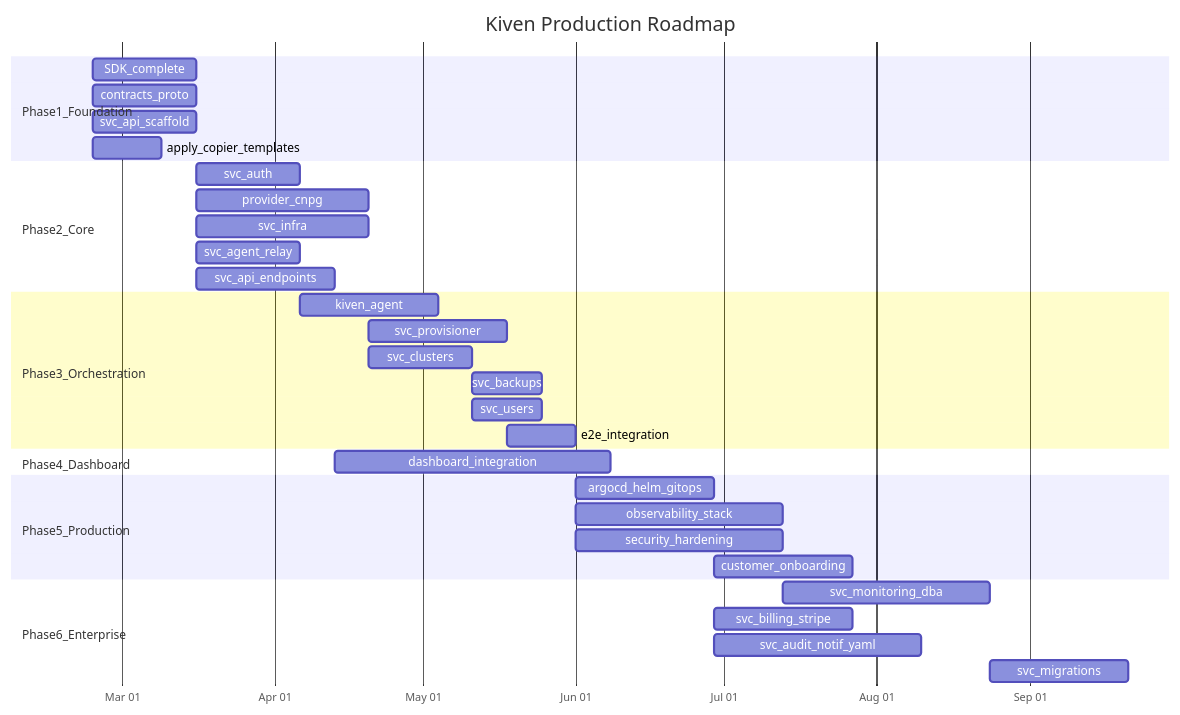
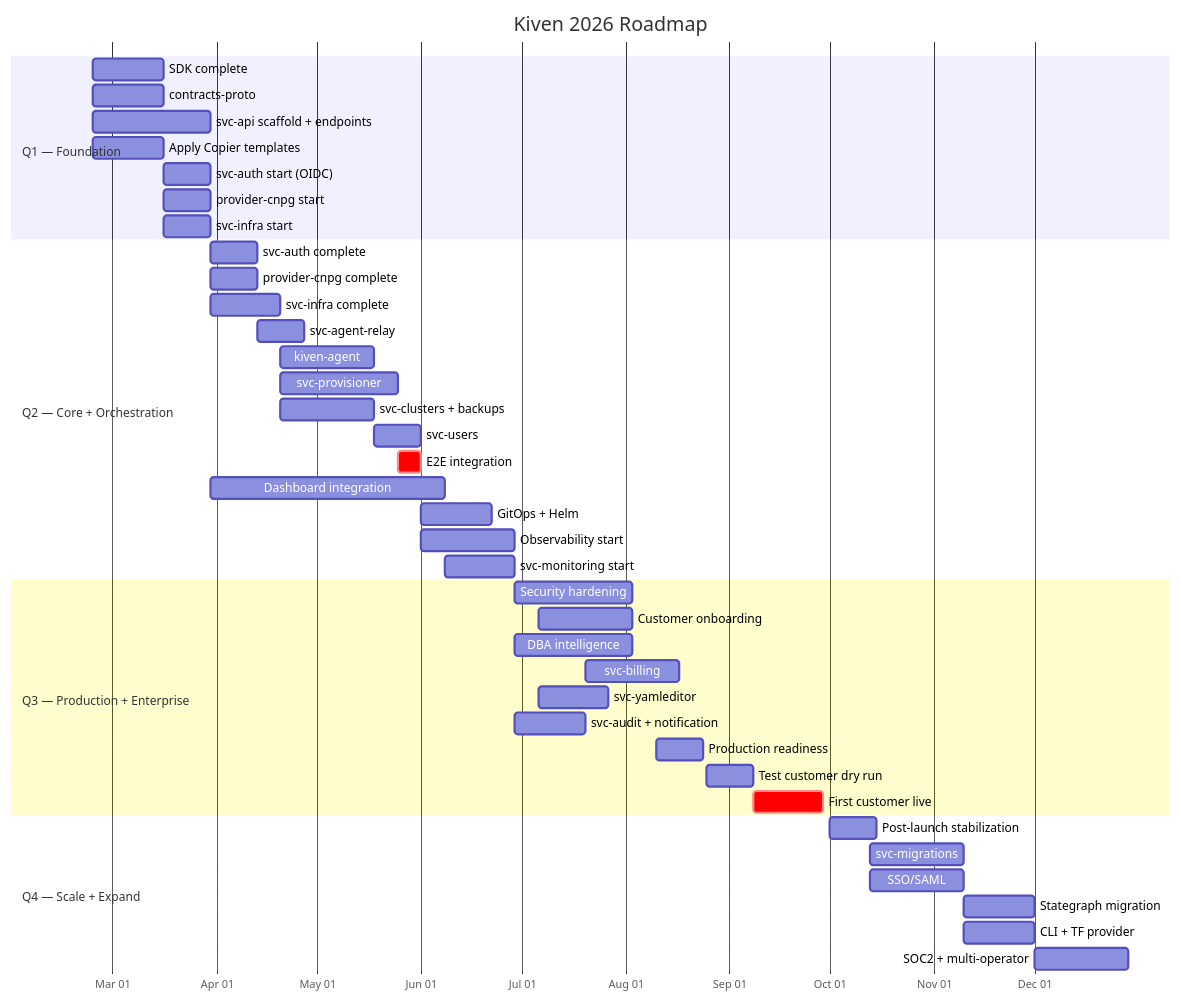
The fourth of 4 diagrams in plans/KIVEN_ROADMAP.md (kivenio/docs), drawn with Mermaid before and after one commit. The commit also changed other lines of this file and 11 other files, not shown here.

First line of the commit message:
docs: update GitOps documentation to reflect transition from ArgoCD to Flux

````diff
--- a/plans/KIVEN_ROADMAP.md
+++ b/plans/KIVEN_ROADMAP.md
@@ -441,42 +755,49 @@
 ```mermaid
 gantt
-    title Kiven Production Roadmap
+    title Kiven 2026 Roadmap
     dateFormat YYYY-MM-DD
     axisFormat %b %d
 
-    section Phase1_Foundation
-    SDK_complete               :p1a, 2026-02-23, 3w
-    contracts_proto            :p1b, 2026-02-23, 3w
-    svc_api_scaffold           :p1c, 2026-02-23, 3w
-    apply_copier_templates     :p1d, 2026-02-23, 2w
+    section Q1 — Foundation
+    SDK complete                :q1a, 2026-02-23, 3w
+    contracts-proto             :q1b, 2026-02-23, 3w
+    svc-api scaffold + endpoints :q1c, 2026-02-23, 5w
+    Apply Copier templates      :q1d, 2026-02-23, 3w
+    svc-auth start (OIDC)       :q1e, 2026-03-16, 2w
+    provider-cnpg start         :q1f, 2026-03-16, 2w
+    svc-infra start             :q1g, 2026-03-16, 2w
 
-    section Phase2_Core
-    svc_auth                   :p2a, after p1a, 3w
-    provider_cnpg              :p2b, after p1a, 5w
-    svc_infra                  :p2c, after p1a, 5w
-    svc_agent_relay            :p2d, after p1b, 3w
-    svc_api_endpoints          :p2e, after p1c, 4w
+    section Q2 — Core + Orchestration
+    svc-auth complete           :q2a, 2026-03-30, 2w
+    provider-cnpg complete      :q2b, 2026-03-30, 2w
+    svc-infra complete          :q2c, 2026-03-30, 3w
+    svc-agent-relay             :q2d, 2026-04-13, 2w
+    kiven-agent                 :q2e, 2026-04-20, 4w
+    svc-provisioner             :q2f, 2026-04-20, 5w
+    svc-clusters + backups      :q2g, 2026-04-20, 4w
+    svc-users                   :q2h, 2026-05-18, 2w
+    E2E integration             :crit, q2i, 2026-05-25, 1w
+    Dashboard integration       :q2j, 2026-03-30, 10w
+    GitOps + Helm               :q2k, 2026-06-01, 3w
+    Observability start         :q2l, 2026-06-01, 4w
+    svc-monitoring start        :q2m, 2026-06-08, 3w
 
-    section Phase3_Orchestration
-    kiven_agent                :p3a, after p2d, 4w
-    svc_provisioner            :p3b, after p2c, 4w
-    svc_clusters               :p3c, after p2b, 3w
-    svc_backups                :p3d, after p3c, 2w
-    svc_users                  :p3e, after p3c, 2w
-    e2e_integration            :p3f, after p3b, 2w
+    section Q3 — Production + Enterprise
+    Security hardening          :q3a, 2026-06-29, 5w
+    Customer onboarding         :q3b, 2026-07-06, 4w
+    DBA intelligence            :q3c, 2026-06-29, 5w
+    svc-billing                 :q3d, 2026-07-20, 4w
+    svc-yamleditor              :q3e, 2026-07-06, 3w
+    svc-audit + notification    :q3f, 2026-06-29, 3w
+    Production readiness        :q3g, 2026-08-10, 2w
+    Test customer dry run       :q3h, 2026-08-25, 2w
+    First customer live         :crit, q3i, 2026-09-08, 3w
 
-    section Phase4_Dashboard
-    dashboard_integration      :p4a, after p2e, 8w
-
-    section Phase5_Production
-    argocd_helm_gitops         :p5a, after p3f, 4w
-    observability_stack        :p5b, after p3f, 6w
-    security_hardening         :p5c, after p3f, 6w
-    customer_onboarding        :p5d, after p5a, 4w
-
-    section Phase6_Enterprise
-    svc_monitoring_dba         :p6a, after p5b, 6w
-    svc_billing_stripe         :p6b, after p5a, 4w
-    svc_audit_notif_yaml       :p6c, after p5a, 6w
-    svc_migrations             :p6d, after p6a, 4w
+    section Q4 — Scale + Expand
+    Post-launch stabilization   :q4a, 2026-10-01, 2w
+    svc-migrations              :q4b, 2026-10-13, 4w
+    SSO/SAML                    :q4c, 2026-10-13, 4w
+    Stategraph migration        :q4d, 2026-11-10, 3w
+    CLI + TF provider           :q4e, 2026-11-10, 3w
+    SOC2 + multi-operator       :q4f, 2026-12-01, 4w
 ```
````
